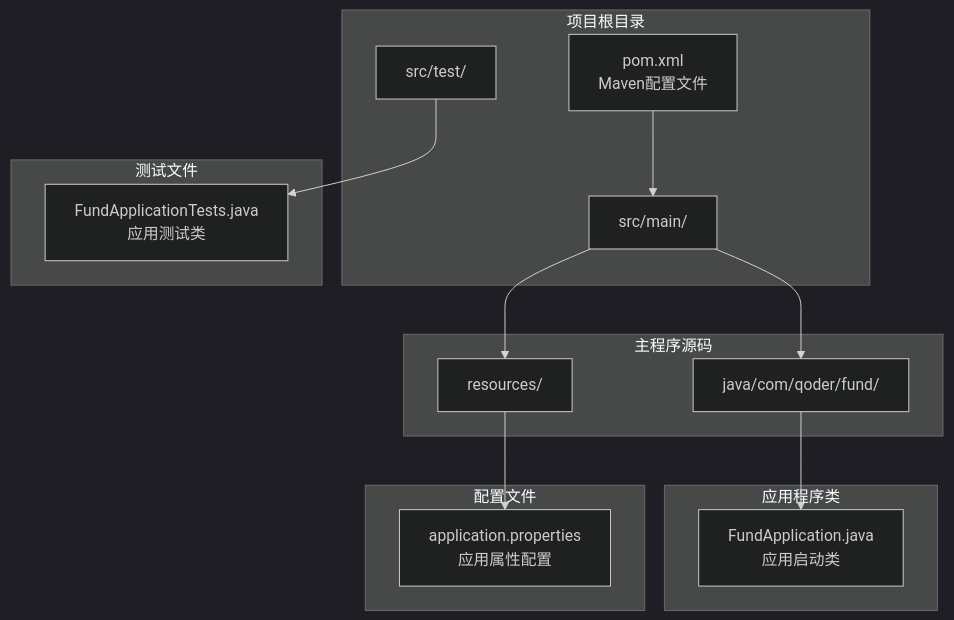
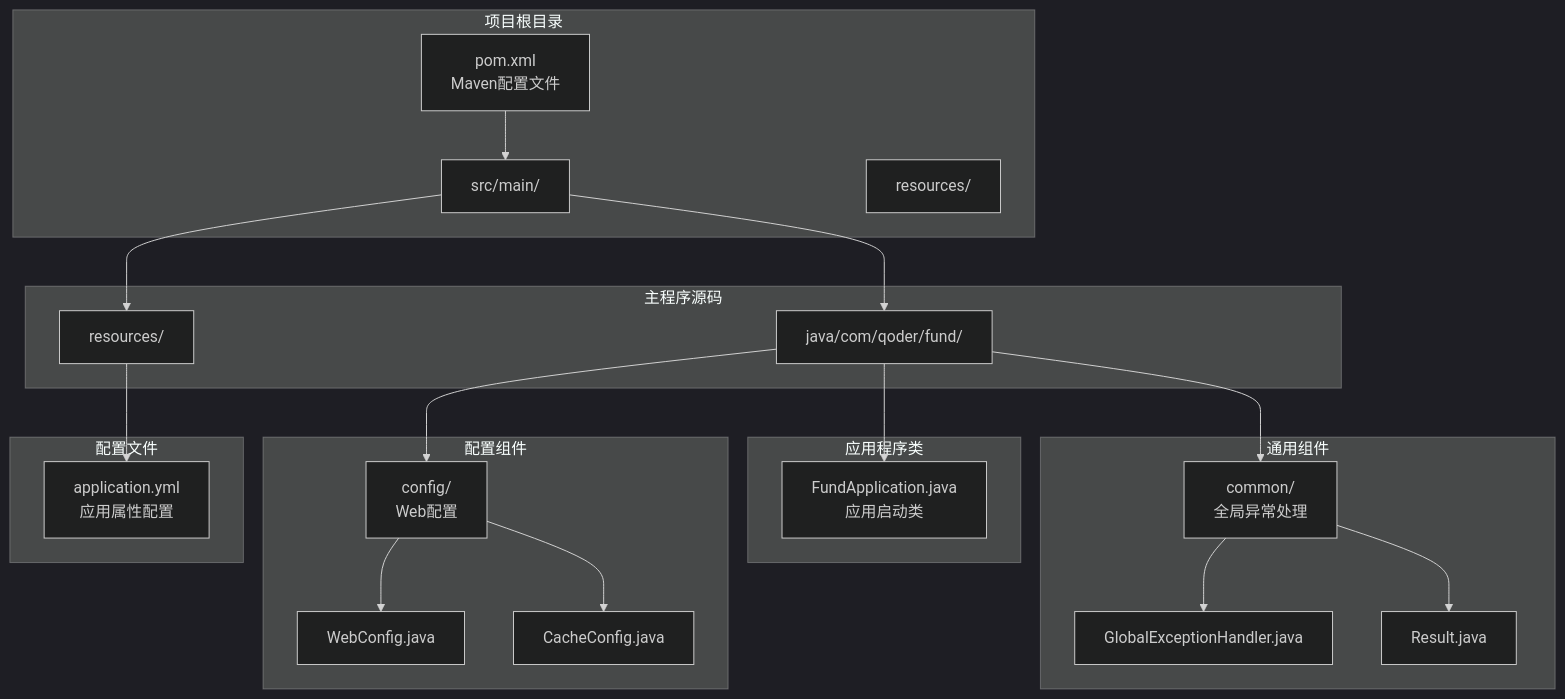
The first of 15 diagrams in .qoder/repowiki/zh/content/核心功能开发/安全配置.md (gree-coder/fund-butler), drawn with Mermaid (dark theme) before and after one commit. The commit also changed other lines of this file and 10 other files, not shown here.

````diff
--- a/.qoder/repowiki/zh/content/核心功能开发/安全配置.md
+++ b/.qoder/repowiki/zh/content/核心功能开发/安全配置.md
@@ -30,27 +41,39 @@
 ```mermaid
 graph TB
 subgraph "项目根目录"
 POM[pom.xml<br/>Maven配置文件]
 SRC[src/main/]
-TEST[src/test/]
+RES[resources/]
 end
 subgraph "主程序源码"
 JAVA[java/com/qoder/fund/]
-RES[resources/]
+RESOURCES[resources/]
 end
 subgraph "应用程序类"
 APP[FundApplication.java<br/>应用启动类]
 end
+subgraph "通用组件"
+COMMON[common/<br/>全局异常处理]
+EXCEPTION[GlobalExceptionHandler.java]
+RESPONSE[Result.java]
+end
+subgraph "配置组件"
+CONFIG[config/<br/>Web配置]
+WEBCONFIG[WebConfig.java]
+CACHE[CacheConfig.java]
+end
 subgraph "配置文件"
-PROP[application.properties<br/>应用属性配置]
-end
-subgraph "测试文件"
-TEST_APP[FundApplicationTests.java<br/>应用测试类]
+YAML[application.yml<br/>应用属性配置]
 end
 POM --> SRC
 SRC --> JAVA
-SRC --> RES
+SRC --> RESOURCES
 JAVA --> APP
-RES --> PROP
-TEST --> TEST_APP
+JAVA --> COMMON
+JAVA --> CONFIG
+COMMON --> EXCEPTION
+COMMON --> RESPONSE
+CONFIG --> WEBCONFIG
+CONFIG --> CACHE
+RESOURCES --> YAML
 ```
````
